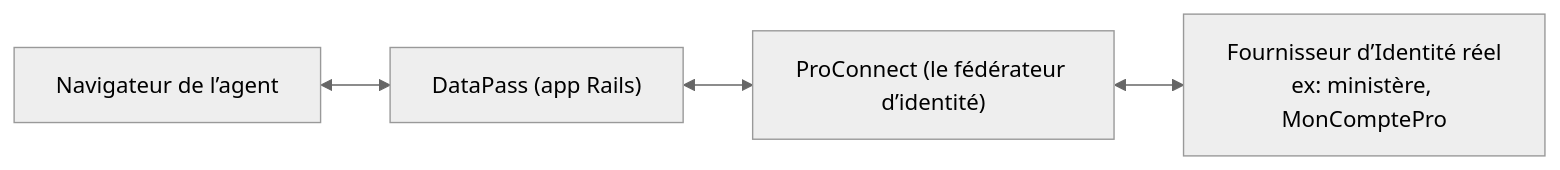
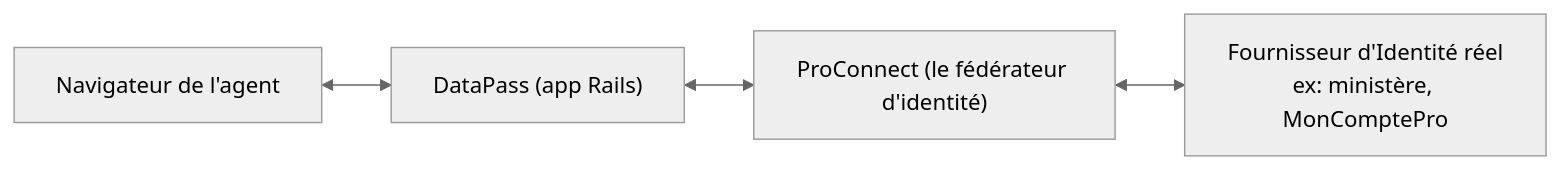
Before and after one commit to etalab/data_pass: the first of 5 diagrams in docs/technique/authentification_proconnect.md, drawn with Mermaid (neutral theme). The commit also changed other lines of this file and 6 other files, not shown here.

````diff
--- a/docs/technique/authentification_proconnect.md
+++ b/docs/technique/authentification_proconnect.md
@@ -42,6 +41,6 @@
 ```mermaid
 flowchart LR
-    N["Navigateur de l’agent"] <--> DP["DataPass (app Rails)"]
-    DP <--> PC["ProConnect (le fédérateur d’identité)"]
-    PC <--> FI["Fournisseur d’Identité réel<br/>ex: ministère, MonComptePro"]
+    N["Navigateur de l'agent"] <--> DP["DataPass (app Rails)"]
+    DP <--> PC["ProConnect (le fédérateur d'identité)"]
+    PC <--> FI["Fournisseur d'Identité réel<br/>ex: ministère, MonComptePro"]
 ```
````
